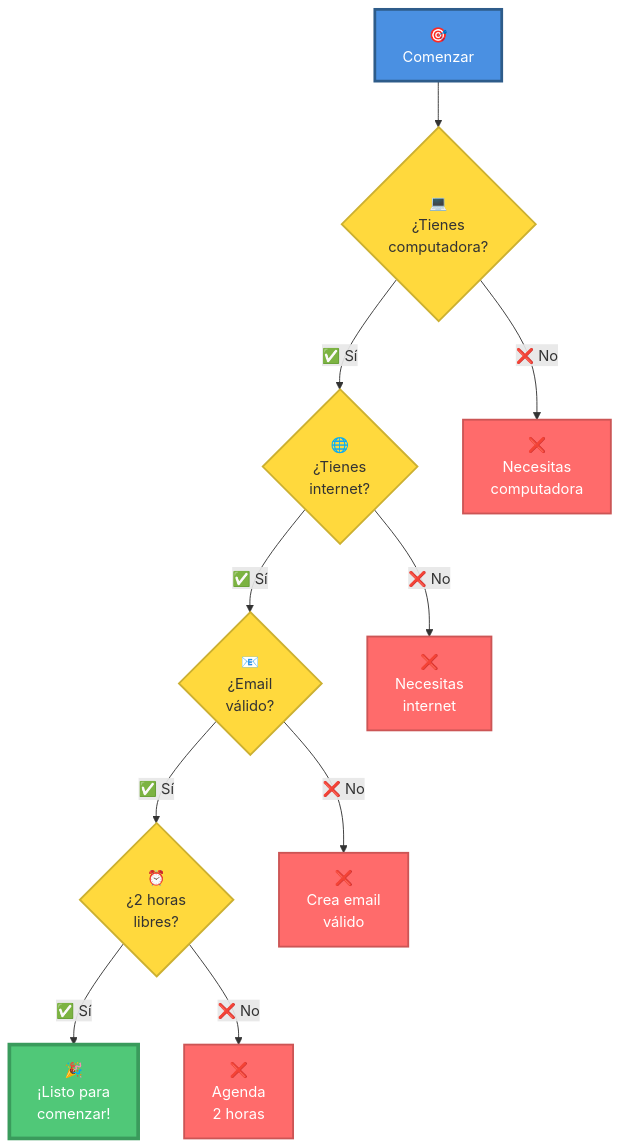
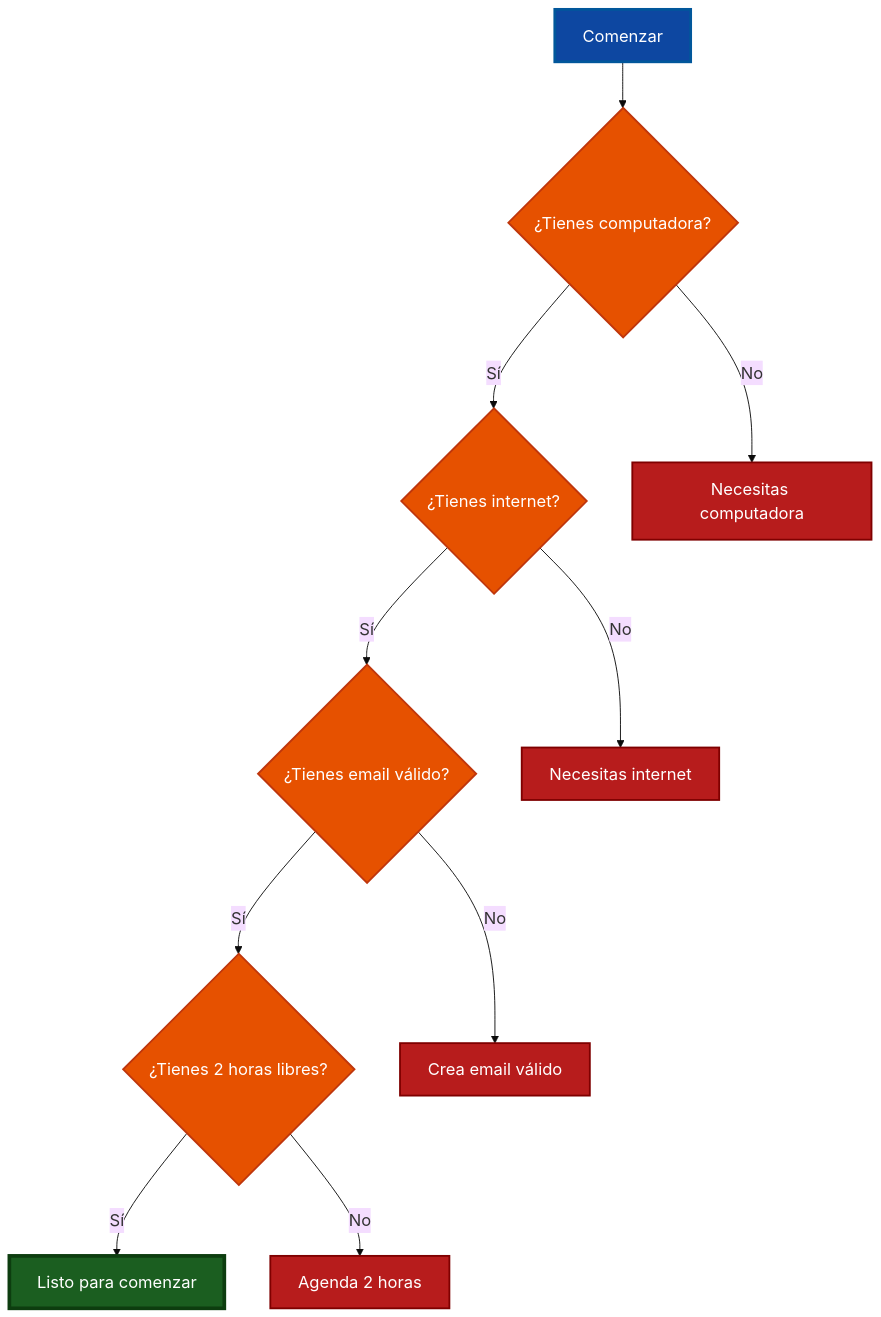
One commit to Ai-Whisperers/Courses-Content changed the third of 12 diagrams in courses/🟡-development/FPUNA-2026/00-FUNDAMENTOS-PRINCIPALES/01-configuracion-stack-ia.md. Above: the diagram before and after it, drawn with Mermaid. The commit also changed other lines of this file and 47 other files, not shown here.

First line of the commit message:
fix: Make all 473 diagrams WCAG AAA accessible (FPUNA-2026)

````diff
--- a/courses/🟡-development/FPUNA-2026/00-FUNDAMENTOS-PRINCIPALES/01-configuracion-stack-ia.md
+++ b/courses/🟡-development/FPUNA-2026/00-FUNDAMENTOS-PRINCIPALES/01-configuracion-stack-ia.md
@@ -79,26 +81,27 @@
 ```mermaid
+%%{init: {'theme':'base', 'themeVariables': {'fontSize':'18px'}}}%%
 flowchart TD
-    Start["🎯<br/>Comenzar"] --> Check1{"💻<br/>¿Tienes<br/>computadora?"}
-    Check1 -->|"✅ Sí"| Check2{"🌐<br/>¿Tienes<br/>internet?"}
-    Check1 -->|"❌ No"| Stop1["❌<br/>Necesitas<br/>computadora"]
+    Start["Comenzar"] --> Check1{"¿Tienes computadora?"}
+    Check1 -->|"Sí"| Check2{"¿Tienes internet?"}
+    Check1 -->|"No"| Stop1["Necesitas computadora"]
     
-    Check2 -->|"✅ Sí"| Check3{"📧<br/>¿Email<br/>válido?"}
-    Check2 -->|"❌ No"| Stop2["❌<br/>Necesitas<br/>internet"]
+    Check2 -->|"Sí"| Check3{"¿Tienes email válido?"}
+    Check2 -->|"No"| Stop2["Necesitas internet"]
     
-    Check3 -->|"✅ Sí"| Check4{"⏰<br/>¿2 horas<br/>libres?"}
-    Check3 -->|"❌ No"| Stop3["❌<br/>Crea email<br/>válido"]
+    Check3 -->|"Sí"| Check4{"¿Tienes 2 horas libres?"}
+    Check3 -->|"No"| Stop3["Crea email válido"]
     
-    Check4 -->|"✅ Sí"| Ready["🎉<br/>¡Listo para<br/>comenzar!"]
-    Check4 -->|"❌ No"| Stop4["❌<br/>Agenda<br/>2 horas"]
+    Check4 -->|"Sí"| Ready["Listo para comenzar"]
+    Check4 -->|"No"| Stop4["Agenda 2 horas"]
     
-    style Start fill:#4A90E2,stroke:#2E5C8A,stroke-width:3px,color:#fff
-    style Ready fill:#50C878,stroke:#3A9B5C,stroke-width:4px,color:#fff
-    style Stop1 fill:#FF6B6B,stroke:#CC5555,stroke-width:2px,color:#fff
-    style Stop2 fill:#FF6B6B,stroke:#CC5555,stroke-width:2px,color:#fff
-    style Stop3 fill:#FF6B6B,stroke:#CC5555,stroke-width:2px,color:#fff
-    style Stop4 fill:#FF6B6B,stroke:#CC5555,stroke-width:2px,color:#fff
-    style Check1 fill:#FFD93D,stroke:#CCB031,stroke-width:2px,color:#333
-    style Check2 fill:#FFD93D,stroke:#CCB031,stroke-width:2px,color:#333
-    style Check3 fill:#FFD93D,stroke:#CCB031,stroke-width:2px,color:#333
-    style Check4 fill:#FFD93D,stroke:#CCB031,stroke-width:2px,color:#333
+    style Start fill:#0d47a1,stroke:#01579b,stroke-width:3px,color:#fff
+    style Ready fill:#1b5e20,stroke:#0d3d0f,stroke-width:4px,color:#fff
+    style Stop1 fill:#b71c1c,stroke:#7f0000,stroke-width:2px,color:#fff
+    style Stop2 fill:#b71c1c,stroke:#7f0000,stroke-width:2px,color:#fff
+    style Stop3 fill:#b71c1c,stroke:#7f0000,stroke-width:2px,color:#fff
+    style Stop4 fill:#b71c1c,stroke:#7f0000,stroke-width:2px,color:#fff
+    style Check1 fill:#e65100,stroke:#bf360c,stroke-width:2px,color:#fff
+    style Check2 fill:#e65100,stroke:#bf360c,stroke-width:2px,color:#fff
+    style Check3 fill:#e65100,stroke:#bf360c,stroke-width:2px,color:#fff
+    style Check4 fill:#e65100,stroke:#bf360c,stroke-width:2px,color:#fff
 ```
````
